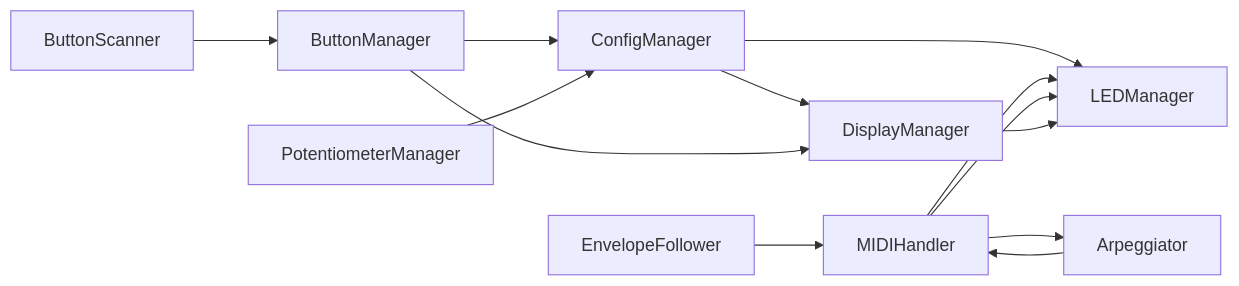
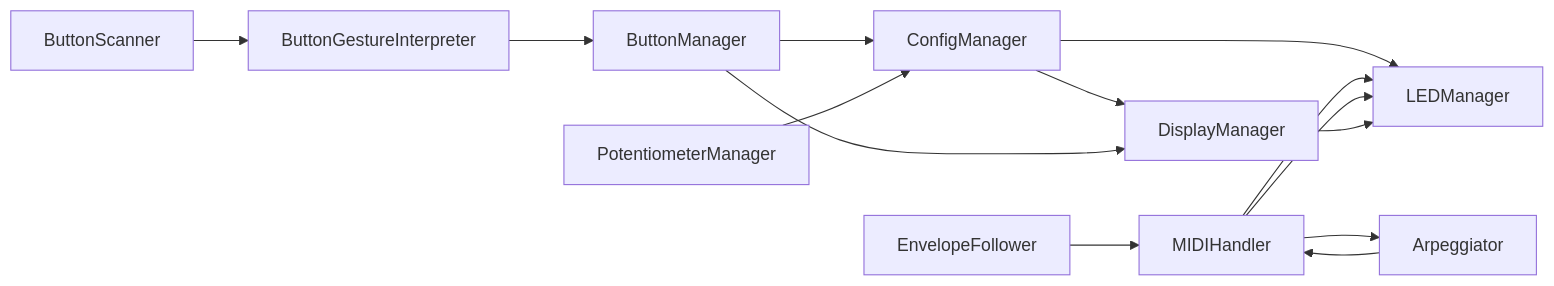
One commit to bseverns/MOARkNOBS-42 changed the diagram in firmware/include/README.md. Above: the diagram before and after it, drawn with Mermaid. The commit also changed other lines of this file and 11 other files, not shown here.

Commit message:
GestureInterpreter extraction

````diff
--- a/firmware/include/README.md
+++ b/firmware/include/README.md
@@ -44,12 +45,12 @@
 ```mermaid
 flowchart LR
-    ButtonScanner --> ButtonManager
+    ButtonScanner --> ButtonGestureInterpreter --> ButtonManager
     ButtonManager --> ConfigManager
     PotentiometerManager --> ConfigManager
     ConfigManager --> LEDManager
     ConfigManager --> DisplayManager
     MIDIHandler --> Arpeggiator
     EnvelopeFollower --> MIDIHandler --> LEDManager
     Arpeggiator --> MIDIHandler --> LEDManager
     ButtonManager --> DisplayManager --> LEDManager
 ```
````
